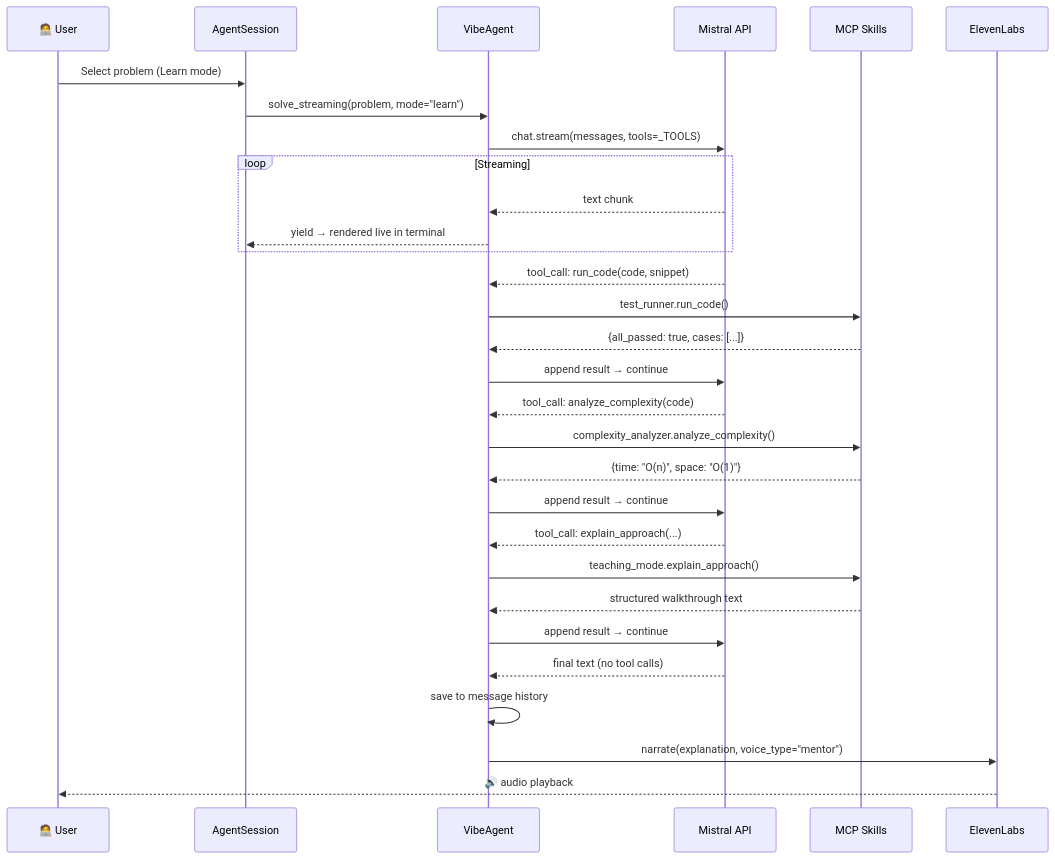
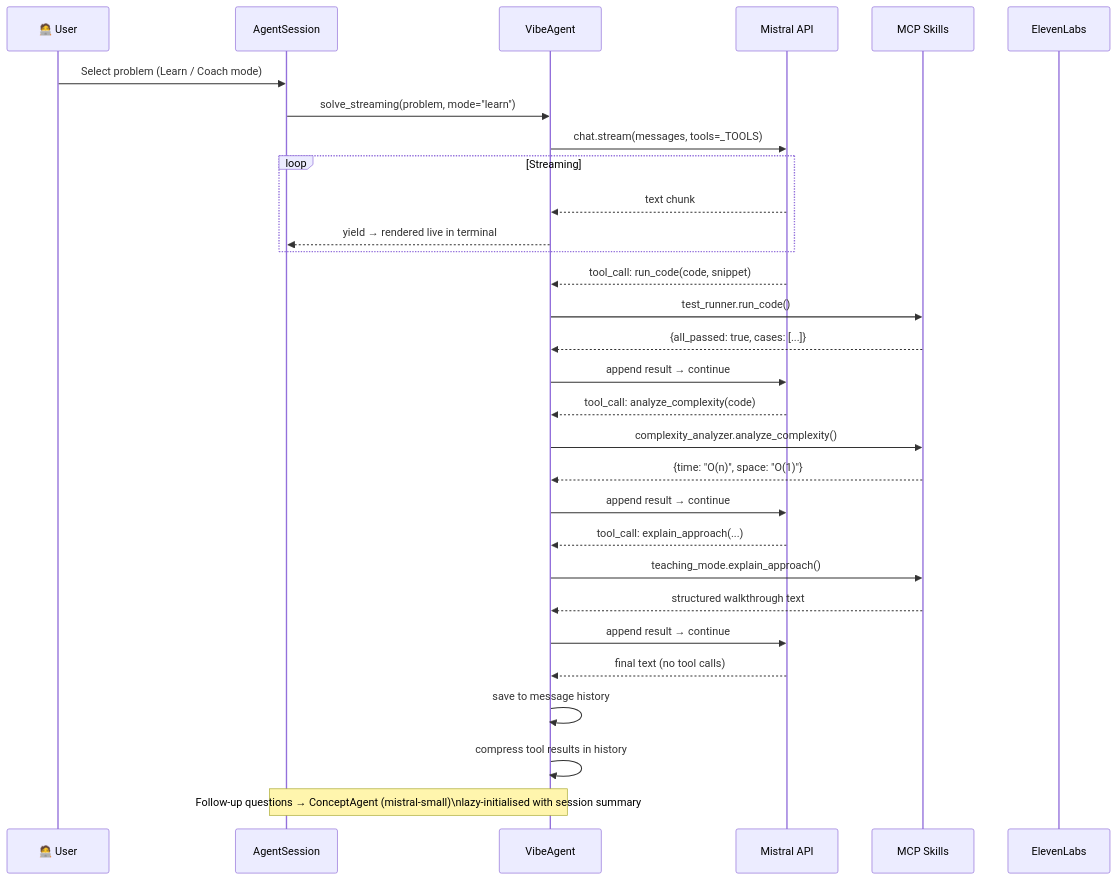
Before and after one commit to Hiba-Chaabnia/LeetVibe: the fifth of 7 diagrams in README.md, drawn with Mermaid. The commit also changed other lines of this file and 9 other files, not shown here.

Commit message:
refactor: multi-agent architecture, LLM optimizations, remove auto-narration from learn and pair programming modes (v0.1.7)

````diff
--- a/README.md
+++ b/README.md
@@ -400,38 +418,38 @@
 ```mermaid
 sequenceDiagram
     participant U as 🧑‍💻 User
     participant UI as AgentSession
     participant A as VibeAgent
     participant M as Mistral API
     participant S as MCP Skills
     participant EL as ElevenLabs
 
-    U->>UI: Select problem (Learn mode)
+    U->>UI: Select problem (Learn / Coach mode)
     UI->>A: solve_streaming(problem, mode="learn")
     A->>M: chat.stream(messages, tools=_TOOLS)
 
     loop Streaming
         M-->>A: text chunk
         A-->>UI: yield → rendered live in terminal
     end
 
     M-->>A: tool_call: run_code(code, snippet)
     A->>S: test_runner.run_code()
     S-->>A: {all_passed: true, cases: [...]}
     A->>M: append result → continue
 
     M-->>A: tool_call: analyze_complexity(code)
     A->>S: complexity_analyzer.analyze_complexity()
     S-->>A: {time: "O(n)", space: "O(1)"}
     A->>M: append result → continue
 
     M-->>A: tool_call: explain_approach(...)
     A->>S: teaching_mode.explain_approach()
     S-->>A: structured walkthrough text
     A->>M: append result → continue
 
     M-->>A: final text (no tool calls)
     A->>A: save to message history
-    A->>EL: narrate(explanation, voice_type="mentor")
-    EL-->>U: 🔊 audio playback
+    A->>A: compress tool results in history
+    Note over UI,A: Follow-up questions → ConceptAgent (mistral-small)\nlazy-initialised with session summary
 ```
````
